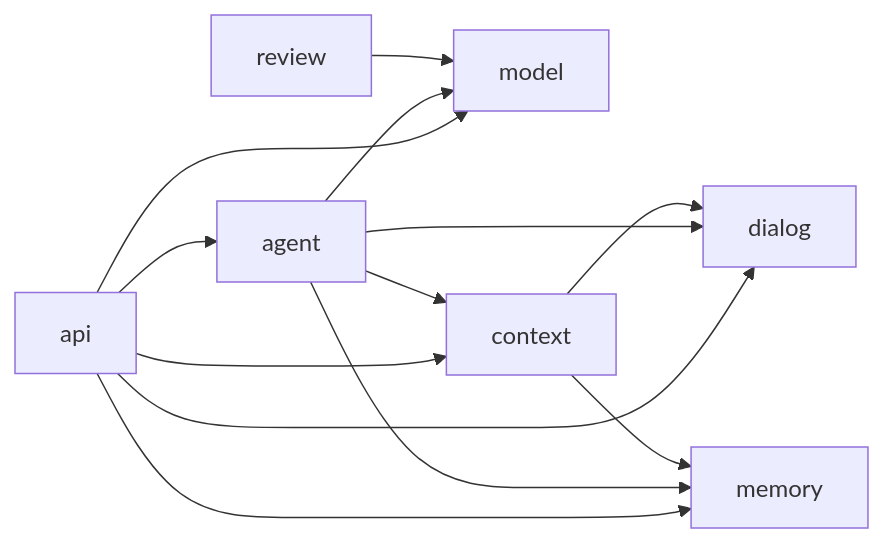
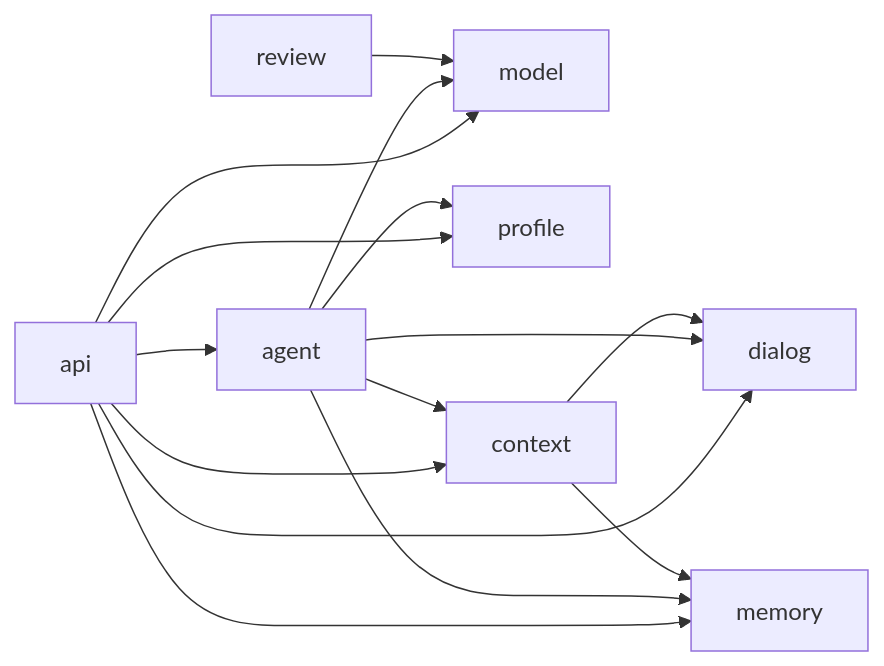
The diagram in docs/ARCHITECTURE.md (nikita11174/ai-advent), drawn with Mermaid before and after one commit. The commit also changed other lines of this file and 3 other files, not shown here.

Commit message:
docs: close Day 12 and refresh Week 3 roadmap

````diff
--- a/docs/ARCHITECTURE.md
+++ b/docs/ARCHITECTURE.md
@@ -43,15 +44,17 @@
 ```mermaid
 flowchart LR
   API[api] --> Agent[agent]
   API --> Model[model]
   API --> Dialog[dialog]
   API --> Memory[memory]
+  API --> Profile[profile]
   API --> Context[context]
   Agent --> Model
   Agent --> Dialog
   Agent --> Memory
+  Agent --> Profile
   Agent --> Context
   Context --> Dialog
   Context --> Memory
   Review[review] --> Model
 ```
````
